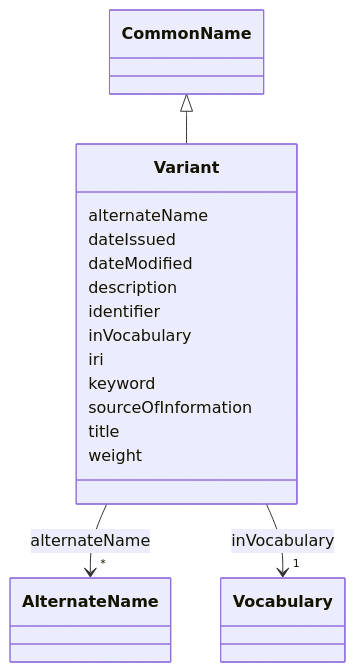
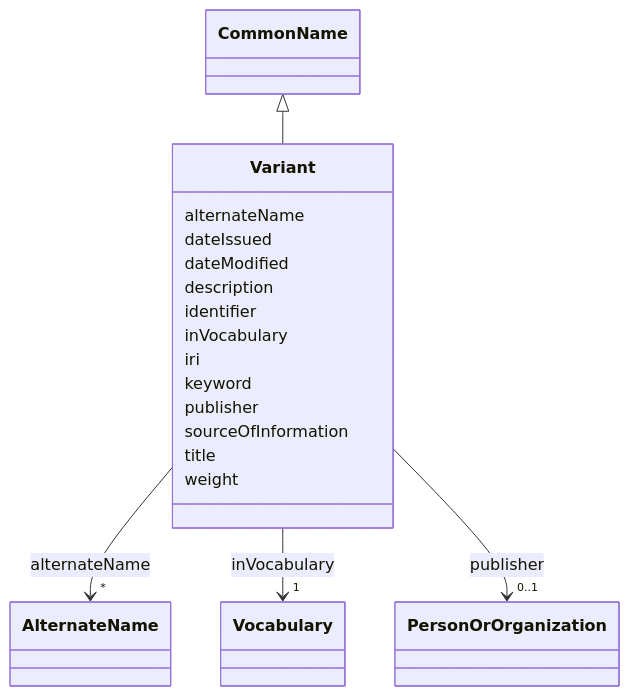
Before and after one commit to EVORA-project/evora-ontology: the diagram in models/docs/Variant.md, drawn with Mermaid. The commit also changed other lines of this file and 468 other files, not shown here.

````diff
--- a/models/docs/Variant.md
+++ b/models/docs/Variant.md
@@ -19,45 +19,54 @@
 ```mermaid
  classDiagram
     class Variant
     click Variant href "../Variant"
       CommonName <|-- Variant
         click CommonName href "../CommonName"
       
       Variant : alternateName
         
           
     
     
     Variant --> "*" AlternateName : alternateName
     click AlternateName href "../AlternateName"
 
         
       Variant : dateIssued
         
       Variant : dateModified
         
       Variant : description
         
       Variant : identifier
         
       Variant : inVocabulary
         
           
     
     
     Variant --> "1" Vocabulary : inVocabulary
     click Vocabulary href "../Vocabulary"
 
         
       Variant : iri
         
       Variant : keyword
         
+      Variant : publisher
+        
+          
+    
+    
+    Variant --> "0..1" PersonOrOrganization : publisher
+    click PersonOrOrganization href "../PersonOrOrganization"
+
+        
       Variant : sourceOfInformation
         
       Variant : title
         
       Variant : weight
         
       
 ```
````
